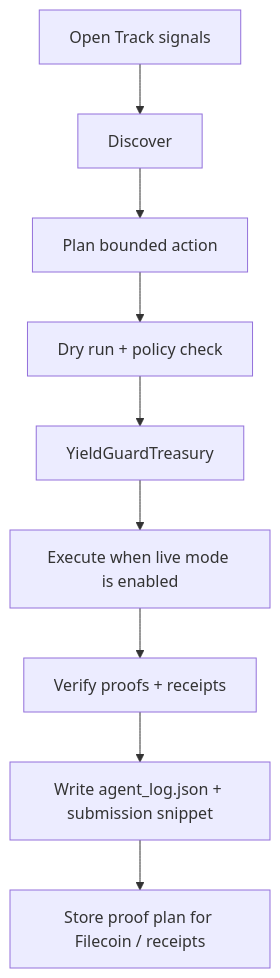
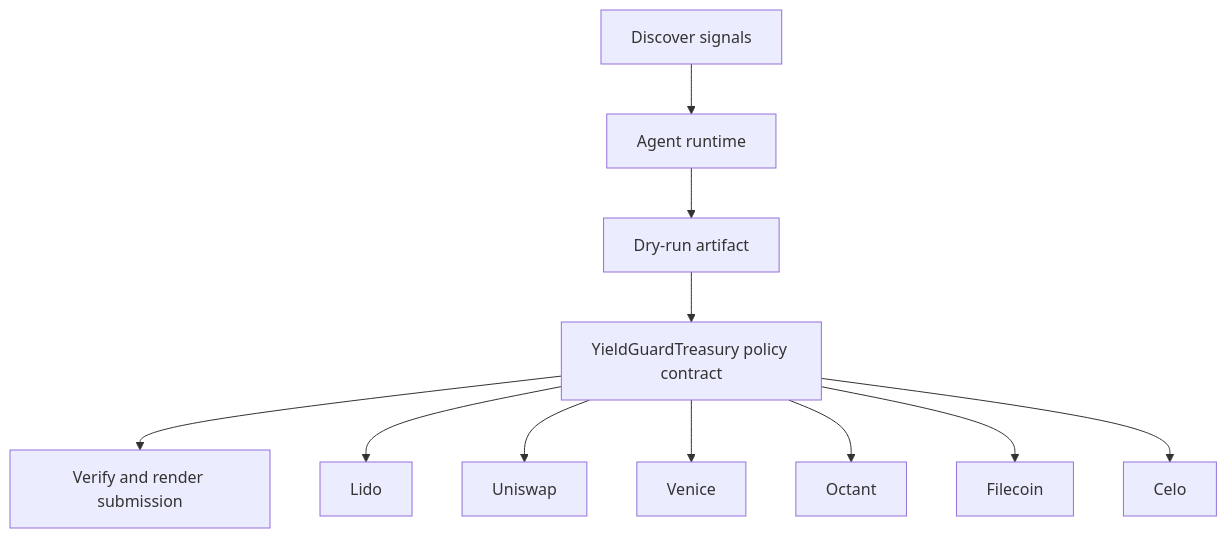
One commit to CrystallineButterfly/Synthesis-YieldGuard-OpenTrack changed the diagram in README.md. Above: the diagram before and after it, drawn with Mermaid. The commit also changed other lines of this file and 998 other files, not shown here.

Commit message:
Implement bounded agent runtime

````diff
--- a/README.md
+++ b/README.md
@@ -38,11 +27,15 @@
-        ```mermaid
-        flowchart TD
-    Signals[Open Track signals] --> Discover[Discover]
-    Discover --> Plan[Plan bounded action]
-    Plan --> DryRun[Dry run + policy check]
-    DryRun --> Guard[YieldGuardTreasury]
-    Guard --> Execute[Execute when live mode is enabled]
-    Execute --> Verify[Verify proofs + receipts]
-    Verify --> Persist[Write agent_log.json + submission snippet]
-    Persist --> Storage[Store proof plan for Filecoin / receipts]
-        ```
+```mermaid
+flowchart TD
+    Signals[Discover signals]
+    Planner[Agent runtime]
+    DryRun[Dry-run artifact]
+    Contract[YieldGuardTreasury policy contract]
+    Verify[Verify and render submission]
+    Signals --> Planner --> DryRun --> Contract --> Verify
+    Contract --> lido[Lido]
+    Contract --> uniswap[Uniswap]
+    Contract --> venice[Venice]
+    Contract --> octant[Octant]
+    Contract --> filecoin[Filecoin]
+    Contract --> celo[Celo]
+```
````
